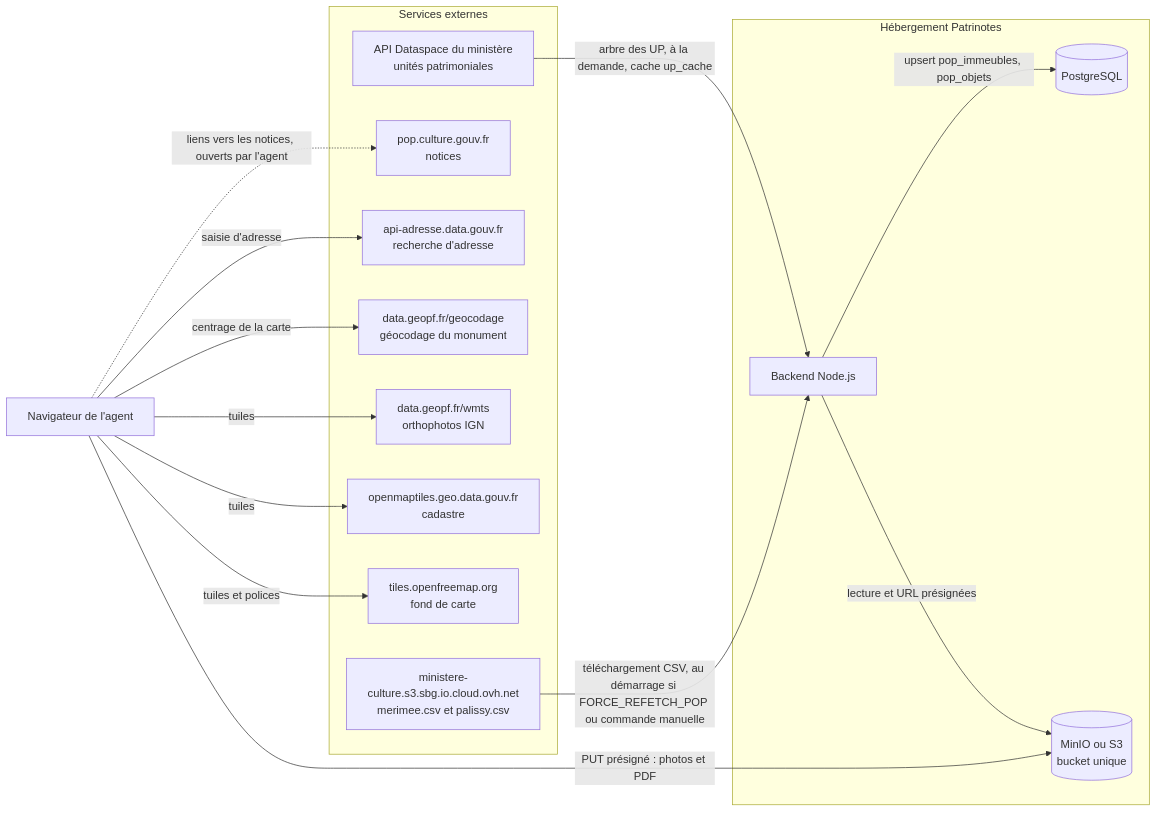
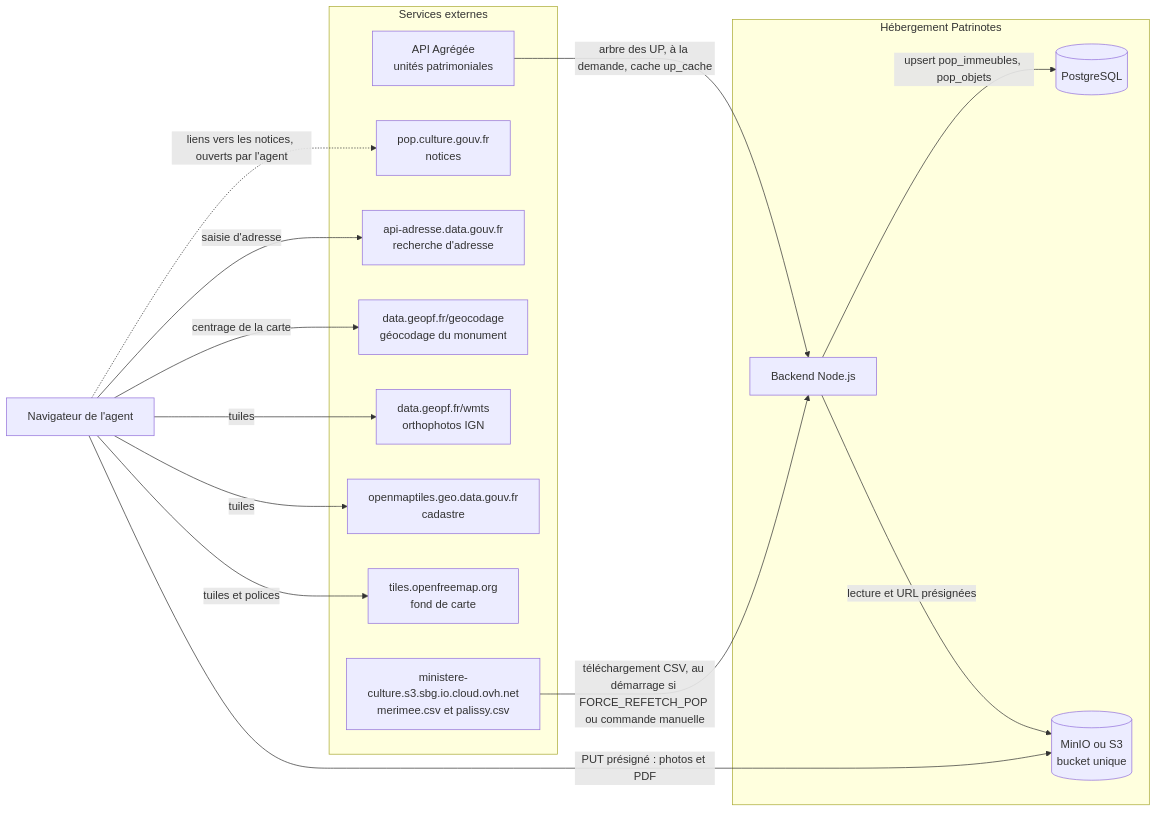
One commit to betagouv/patrinotes changed the first of 4 diagrams in docs/07-donnees-externes-et-stockage.md. Above: the diagram before and after it, drawn with Mermaid. The commit also changed other lines of this file and 12 other files, not shown here.

Commit message:
docs(DAT): l'API des unités patrimoniales est l'API Agrégée (exposée par le Dataspace du ministère)

````diff
--- a/docs/07-donnees-externes-et-stockage.md
+++ b/docs/07-donnees-externes-et-stockage.md
@@ -13,33 +13,33 @@
 ```mermaid
 flowchart LR
     subgraph Ext["Services externes"]
         DG["ministere-culture.s3.sbg.io.cloud.ovh.net<br/>merimee.csv et palissy.csv"]
         POP["pop.culture.gouv.fr<br/>notices"]
         BAN["api-adresse.data.gouv.fr<br/>recherche d'adresse"]
         GEO["data.geopf.fr/geocodage<br/>géocodage du monument"]
         IGN["data.geopf.fr/wmts<br/>orthophotos IGN"]
         CAD["openmaptiles.geo.data.gouv.fr<br/>cadastre"]
         OFM["tiles.openfreemap.org<br/>fond de carte"]
-        DS["API Dataspace du ministère<br/>unités patrimoniales"]
+        DS["API Agrégée<br/>unités patrimoniales"]
     end
 
     subgraph Srv["Hébergement Patrinotes"]
         BE["Backend Node.js"]
         PG[("PostgreSQL")]
         S3[("MinIO ou S3<br/>bucket unique")]
     end
 
     NAV["Navigateur de l'agent"]
 
     DG -->|"téléchargement CSV, au démarrage si FORCE_REFETCH_POP ou commande manuelle"| BE
     BE -->|"upsert pop_immeubles, pop_objets"| PG
     DS -->|"arbre des UP, à la demande, cache up_cache"| BE
     NAV -->|"saisie d'adresse"| BAN
     NAV -->|"centrage de la carte"| GEO
     NAV -->|"tuiles"| IGN
     NAV -->|"tuiles"| CAD
     NAV -->|"tuiles et polices"| OFM
     NAV -->|"PUT présigné : photos et PDF"| S3
     BE -->|"lecture et URL présignées"| S3
     NAV -.->|"liens vers les notices, ouverts par l'agent"| POP
 ```
````
